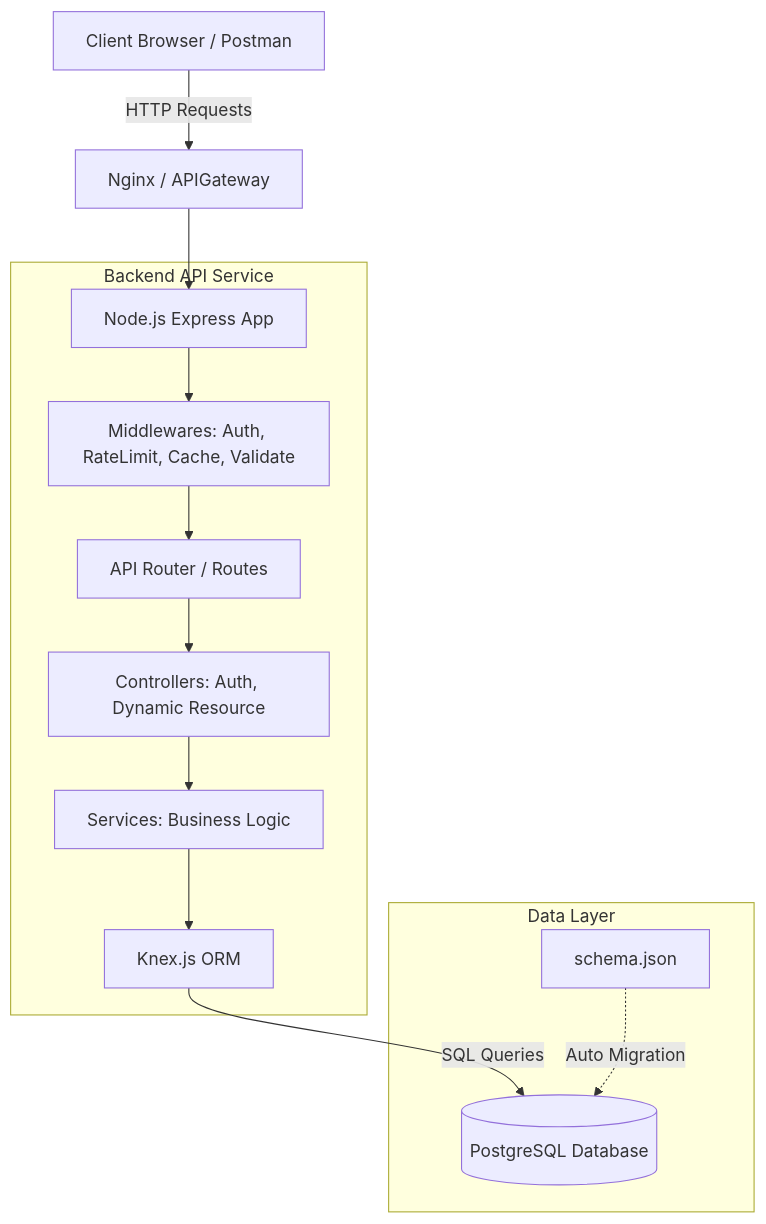
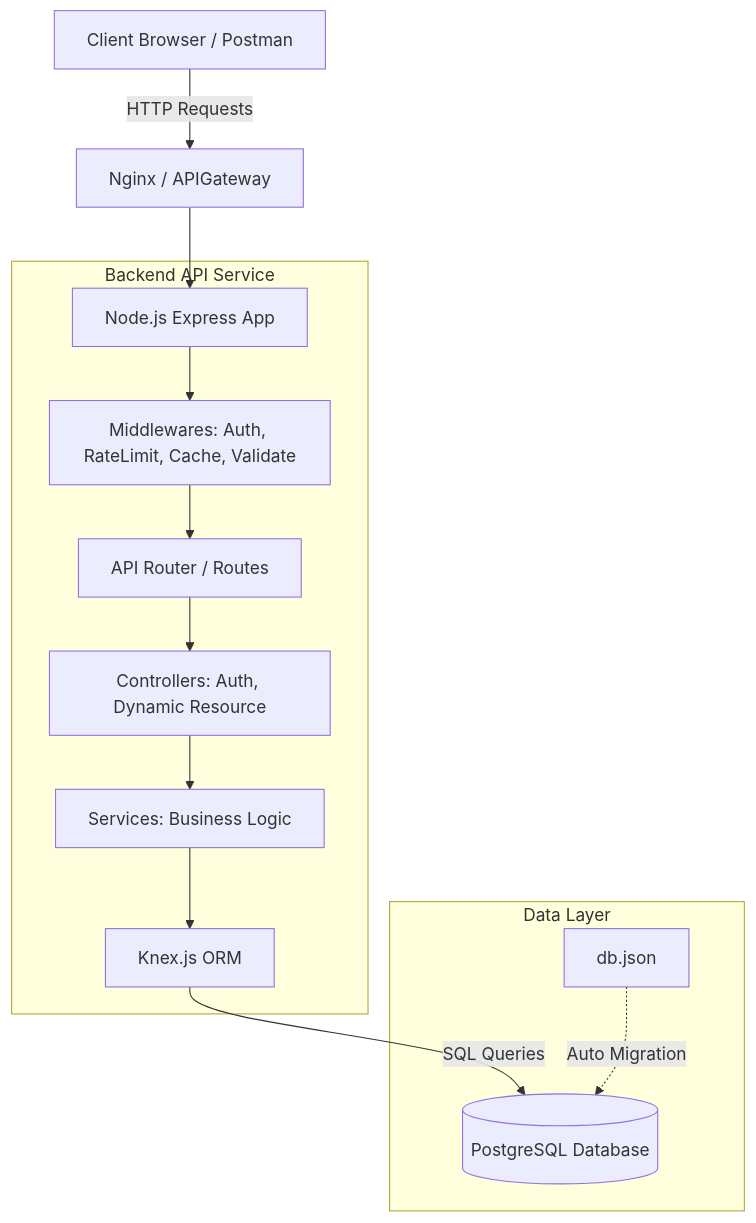
One commit to thanhannguyxn/smart-api-hub changed the diagram in README.md. Above: the diagram before and after it, drawn with Mermaid.

Commit message:
Update schema file reference from schema.json to db.json

````diff
--- a/README.md
+++ b/README.md
@@ -7,20 +7,20 @@
 ```mermaid
 graph TD
     Client[Client Browser / Postman] -->|HTTP Requests| Nginx[Nginx / APIGateway]
     Nginx --> AppNode[Node.js Express App]
     
     subgraph Backend [Backend API Service]
         AppNode --> Middleware[Middlewares: Auth, RateLimit, Cache, Validate]
         Middleware --> Router[API Router / Routes]
         Router --> Controller[Controllers: Auth, Dynamic Resource]
         Controller --> Service[Services: Business Logic]
         Service --> QueryBuilder[Knex.js ORM]
     end
 
     QueryBuilder -->|SQL Queries| DB[(PostgreSQL Database)]
     
     subgraph Data Sources [Data Layer]
         DB
-        SchemaFile[schema.json] -.->|Auto Migration| DB
+        SchemaFile[db.json] -.->|Auto Migration| DB
     end
 ```
````
